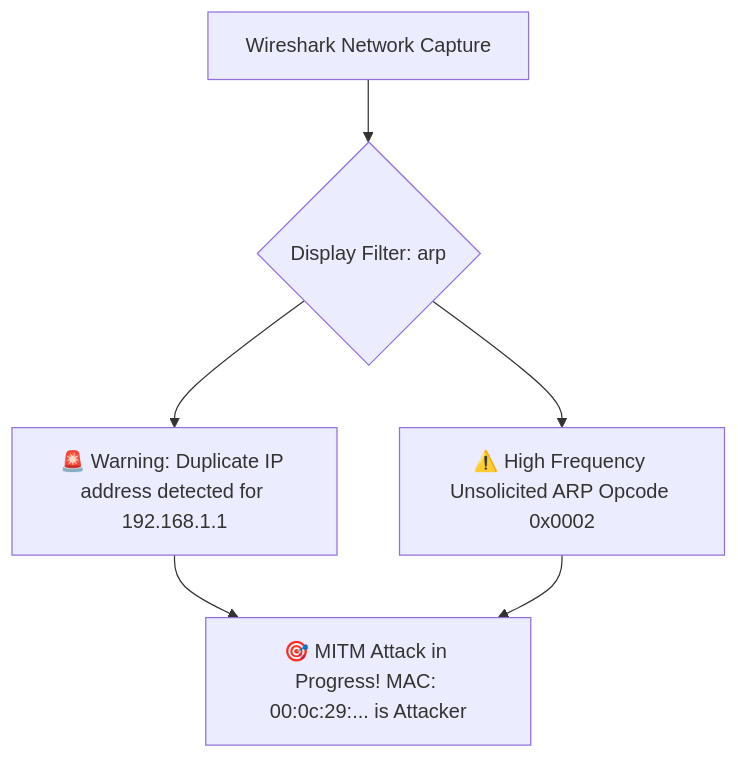
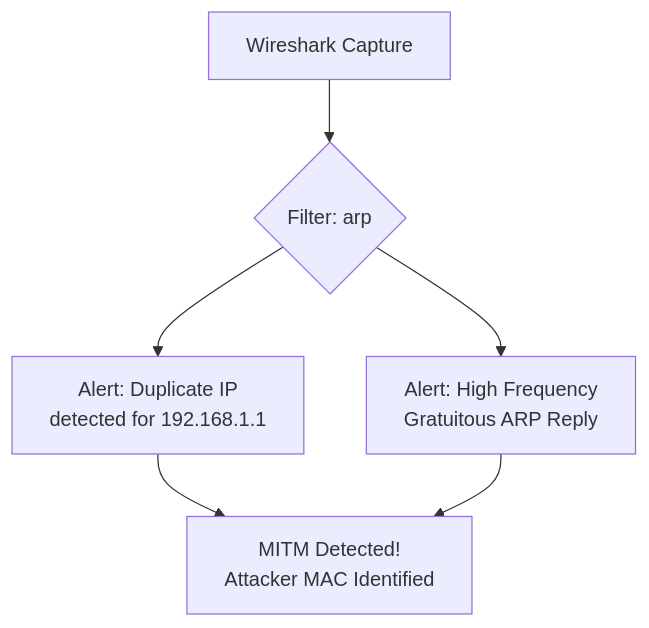
The second of 2 diagrams in topics/08-arp-poisoning-mitm-and-packet-interception/README.md (DaddyZyn/Cyber-security-notes), drawn with Mermaid before and after one commit. The commit also changed other lines of this file and 19 other files, not shown here.

Commit message:
fix: overhaul all Mermaid diagrams with clean vertical layouts and short line-wrapping to prevent GitHub clipping

````diff
--- a/topics/08-arp-poisoning-mitm-and-packet-interception/README.md
+++ b/topics/08-arp-poisoning-mitm-and-packet-interception/README.md
@@ -89,7 +85,7 @@
 ```mermaid
 flowchart TD
-    A["Wireshark Network Capture"] --> B{"Display Filter: arp"}
-    B --> C["🚨 Warning: Duplicate IP address detected for 192.168.1.1"]
-    B --> D["⚠️ High Frequency Unsolicited ARP Opcode 0x0002"]
-    C & D --> E["🎯 MITM Attack in Progress! MAC: 00:0c:29:... is Attacker"]
+    A["Wireshark Capture"] --> B{"Filter: arp"}
+    B --> C["Alert: Duplicate IP<br/>detected for 192.168.1.1"]
+    B --> D["Alert: High Frequency<br/>Gratuitous ARP Reply"]
+    C & D --> E["MITM Detected!<br/>Attacker MAC Identified"]
 ```
````
